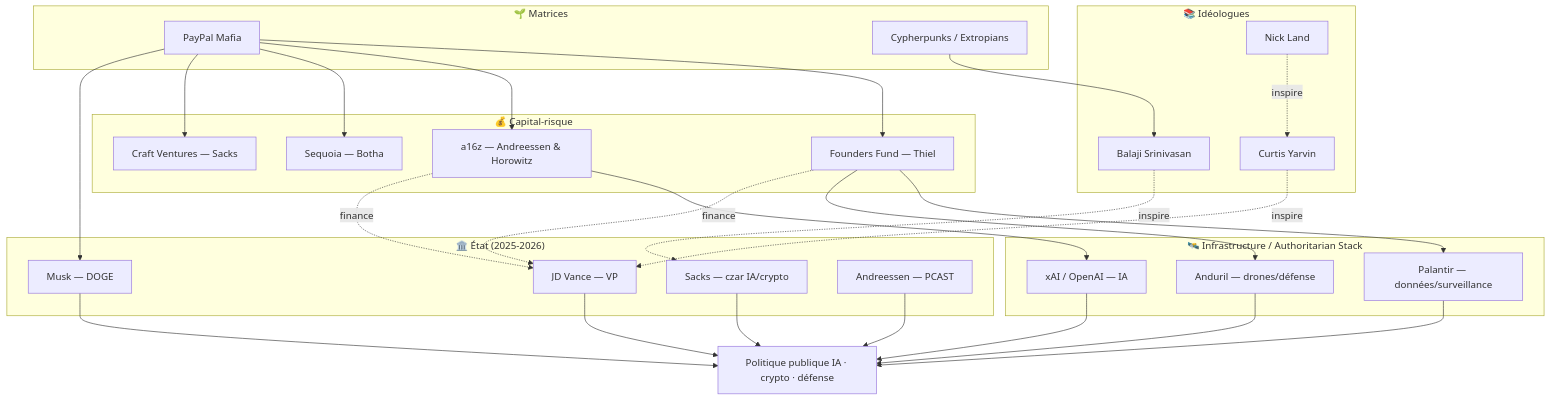
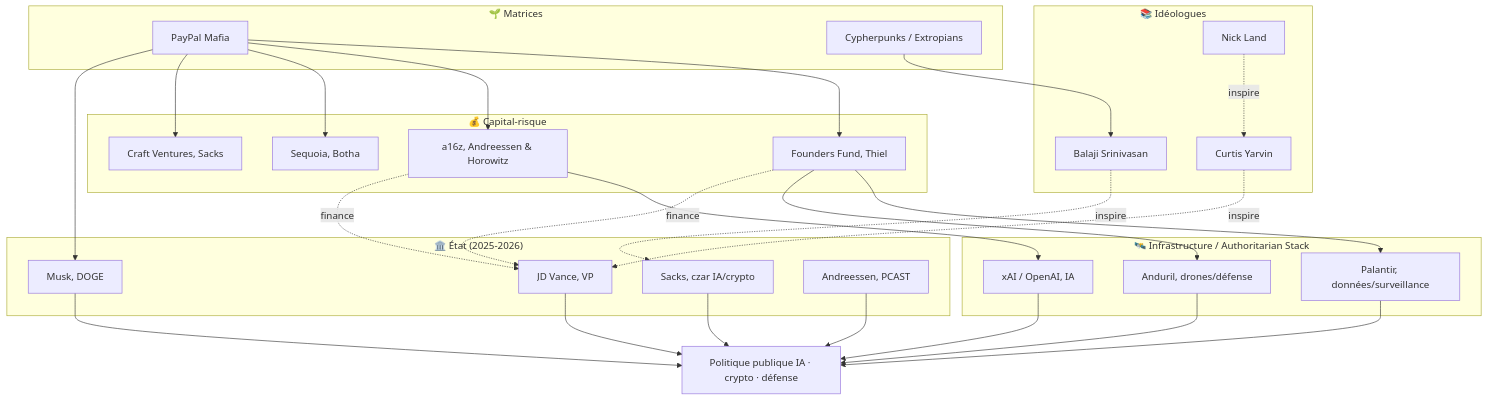
One commit to ismael-joffroy-chandoutis/ismael-joffroy-chandoutis changed the first of 2 diagrams in research/cartographie-prospective.md. Above: the diagram before and after it, drawn with Mermaid. The commit also changed other lines of this file and 57 other files, not shown here.

````diff
--- a/research/cartographie-prospective.md
+++ b/research/cartographie-prospective.md
@@ -35,46 +35,46 @@
 ```mermaid
 graph TD
     subgraph CAPITAL["💰 Capital-risque"]
-        A16Z["a16z — Andreessen & Horowitz"]
-        FF["Founders Fund — Thiel"]
-        SEQ["Sequoia — Botha"]
-        CRAFT["Craft Ventures — Sacks"]
+        A16Z["a16z, Andreessen & Horowitz"]
+        FF["Founders Fund, Thiel"]
+        SEQ["Sequoia, Botha"]
+        CRAFT["Craft Ventures, Sacks"]
     end
 
     subgraph ORIGINE["🌱 Matrices"]
         PP["PayPal Mafia"]
         CYP["Cypherpunks / Extropians"]
     end
 
     subgraph POUVOIR["🏛️ État (2025-2026)"]
-        VANCE["JD Vance — VP"]
-        MUSK["Musk — DOGE"]
-        SACKS["Sacks — czar IA/crypto"]
-        PCAST["Andreessen — PCAST"]
+        VANCE["JD Vance, VP"]
+        MUSK["Musk, DOGE"]
+        SACKS["Sacks, czar IA/crypto"]
+        PCAST["Andreessen, PCAST"]
     end
 
     subgraph INFRA["🛰️ Infrastructure / Authoritarian Stack"]
-        PLTR["Palantir — données/surveillance"]
-        ANDURIL["Anduril — drones/défense"]
-        XAI["xAI / OpenAI — IA"]
+        PLTR["Palantir, données/surveillance"]
+        ANDURIL["Anduril, drones/défense"]
+        XAI["xAI / OpenAI, IA"]
     end
 
     subgraph IDEO["📚 Idéologues"]
         YARVIN["Curtis Yarvin"]
         LAND["Nick Land"]
         BALAJI["Balaji Srinivasan"]
     end
 
     PP --> FF & A16Z & SEQ & CRAFT
     PP --> MUSK
     CYP --> BALAJI
     FF --> PLTR & ANDURIL
     A16Z --> XAI
     FF -.finance.-> VANCE
     A16Z -.finance.-> VANCE
     YARVIN -.inspire.-> VANCE
     LAND -.inspire.-> YARVIN
     BALAJI -.inspire.-> SACKS
     VANCE & MUSK & SACKS & PCAST --> POL["Politique publique IA · crypto · défense"]
     PLTR & ANDURIL & XAI --> POL
 ```
````
